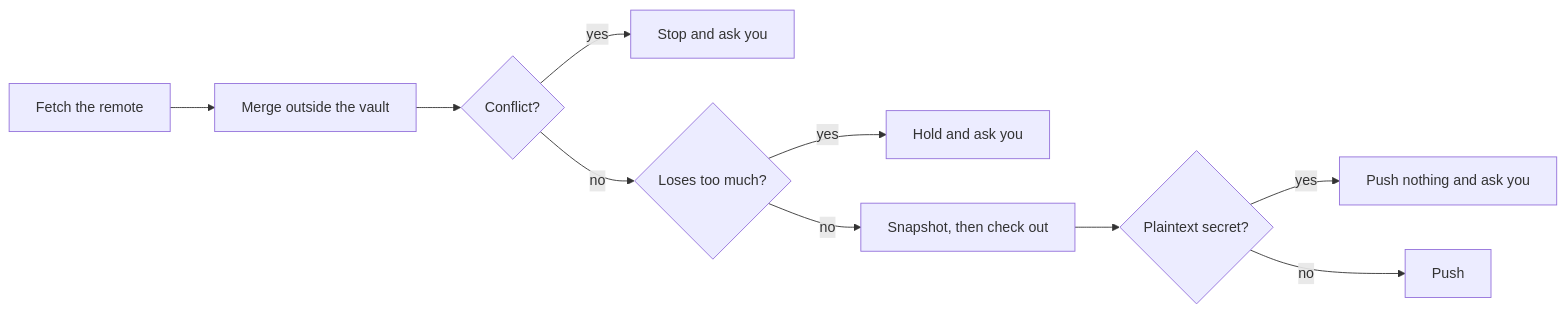
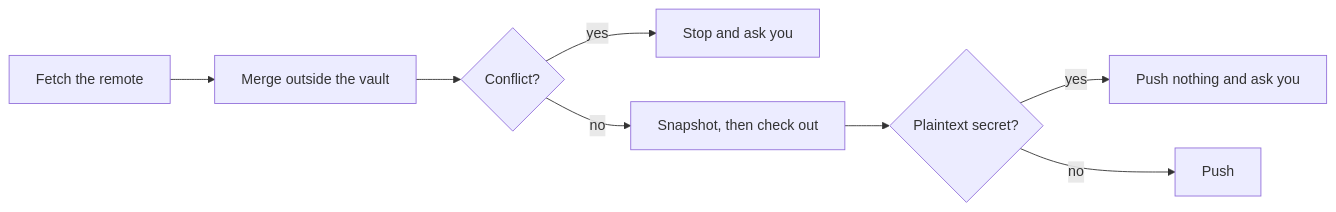
The diagram in docs-site/guides/vault-sync.md (wyx-sg/Coffer), drawn with Mermaid before and after one commit. The commit also changed other lines of this file and 139 other files, not shown here.

````diff
--- a/docs-site/guides/vault-sync.md
+++ b/docs-site/guides/vault-sync.md
@@ -120,12 +120,10 @@
 ```mermaid
 flowchart LR
   A["Fetch the remote"] --> B["Merge outside the vault"]
   B --> C{"Conflict?"}
   C -- "yes" --> S["Stop and ask you"]
-  C -- "no" --> D{"Loses too much?"}
-  D -- "yes" --> H["Hold and ask you"]
-  D -- "no" --> E["Snapshot, then check out"]
+  C -- "no" --> E["Snapshot, then check out"]
   E --> P{"Plaintext secret?"}
   P -- "yes" --> N["Push nothing and ask you"]
   P -- "no" --> F["Push"]
 ```
````
